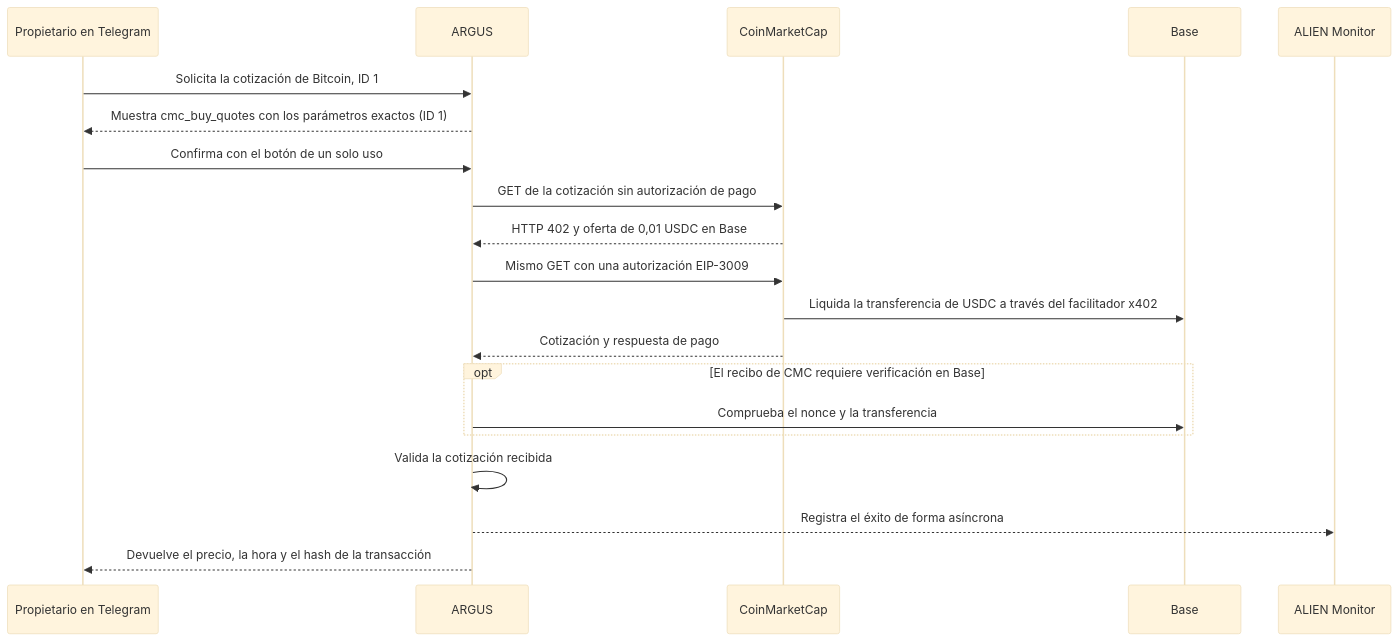
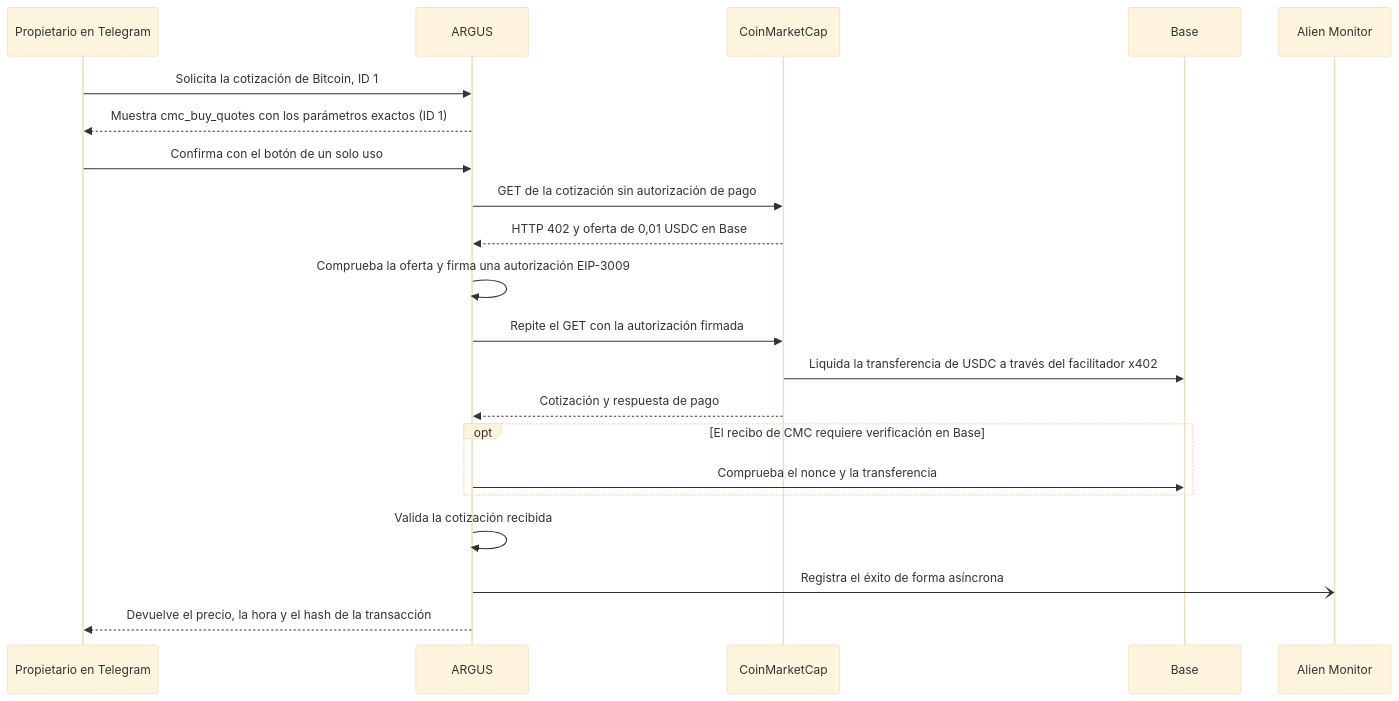
One commit to alexar76/argus changed the diagram in docs/use-case-cmc-telegram-es.md. Above: the diagram before and after it, drawn with Mermaid (base theme). The commit also changed other lines of this file and 19 other files, not shown here.

````diff
--- a/docs/use-case-cmc-telegram-es.md
+++ b/docs/use-case-cmc-telegram-es.md
@@ -9,22 +9,23 @@
 ```mermaid
 sequenceDiagram
     participant O as Propietario en Telegram
     participant A as ARGUS
     participant C as CoinMarketCap
     participant B as Base
-    participant M as ALIEN Monitor
+    participant M as Alien Monitor
     O->>A: Solicita la cotización de Bitcoin, ID 1
     A-->>O: Muestra cmc_buy_quotes con los parámetros exactos (ID 1)
     O->>A: Confirma con el botón de un solo uso
     A->>C: GET de la cotización sin autorización de pago
     C-->>A: HTTP 402 y oferta de 0,01 USDC en Base
-    A->>C: Mismo GET con una autorización EIP-3009
+    A->>A: Comprueba la oferta y firma una autorización EIP-3009
+    A->>C: Repite el GET con la autorización firmada
     C->>B: Liquida la transferencia de USDC a través del facilitador x402
     C-->>A: Cotización y respuesta de pago
     opt El recibo de CMC requiere verificación en Base
         A->>B: Comprueba el nonce y la transferencia
     end
     A->>A: Valida la cotización recibida
-    A-->>M: Registra el éxito de forma asíncrona
+    A-)M: Registra el éxito de forma asíncrona
     A-->>O: Devuelve el precio, la hora y el hash de la transacción
 ```
````
